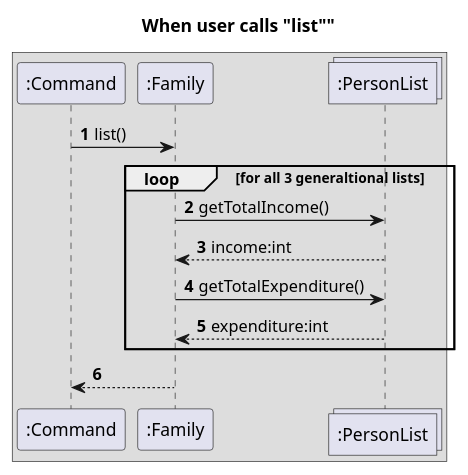
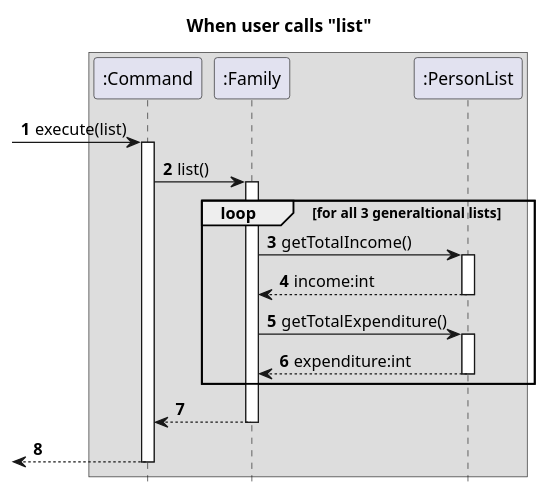
The diagram in docs/diagrams/PersonStep4.puml (nus-cs2113-AY2122S2/tp), drawn with PlantUML before and after one commit. The commit also changed 1 other file, not shown here.

Commit message:
Fix UML sequence diagram notation

```diff
--- a/docs/diagrams/PersonStep4.puml
+++ b/docs/diagrams/PersonStep4.puml
@@ -1,22 +1,33 @@
 @startuml
 autonumber
+hide footbox
 
-title When user calls "list""
+title When user calls "list"
 
 box
 participant ":Command" as Command
 participant ":Family" as Family
-collections ":PersonList" as PersonList
+participant ":PersonList" as PersonList
 
+[-> Command : execute(list)
+activate Command
 Command -> Family : list()
+activate Family
 loop for all 3 generaltional lists
     Family -> PersonList : getTotalIncome()
+    activate PersonList
     Family <-- PersonList : income:int
+    deactivate PersonList
     Family -> PersonList : getTotalExpenditure()
+    activate PersonList
     Family <-- PersonList : expenditure:int
+    deactivate PersonList
 end
 Command <-- Family
+deactivate Family
+[<--Command
+deactivate Command
 
 end box
 
 @enduml
```
